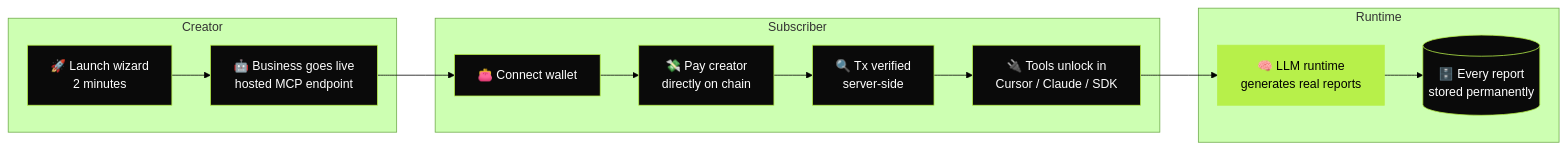
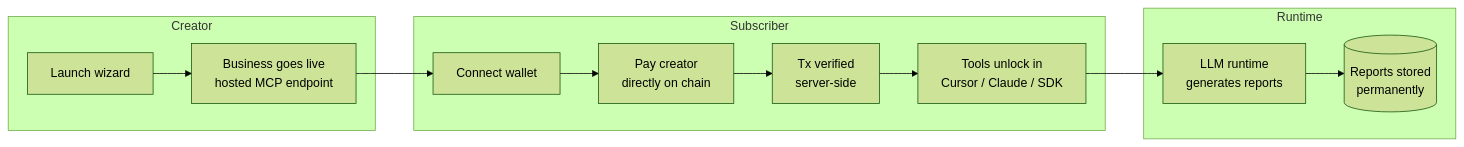
The diagram in README.md (BowyerApp/bowyer), drawn with Mermaid (forest theme) before and after one commit. The commit also changed other lines of this file, not shown here.

````diff
--- a/README.md
+++ b/README.md
@@ -71,24 +24,16 @@
 ```mermaid
 flowchart LR
     subgraph Creator
-        A[🚀 Launch wizard<br/>2 minutes] --> B[🤖 Business goes live<br/>hosted MCP endpoint]
+        A[Launch wizard] --> B[Business goes live<br/>hosted MCP endpoint]
     end
     subgraph Subscriber
-        C[👛 Connect wallet] --> D[💸 Pay creator<br/>directly on chain]
-        D --> E[🔍 Tx verified<br/>server-side]
-        E --> F[🔌 Tools unlock in<br/>Cursor / Claude / SDK]
+        C[Connect wallet] --> D[Pay creator<br/>directly on chain]
+        D --> E[Tx verified<br/>server-side]
+        E --> F[Tools unlock in<br/>Cursor / Claude / SDK]
     end
     subgraph Runtime
-        F --> G[🧠 LLM runtime<br/>generates real reports]
-        G --> H[(🗄️ Every report<br/>stored permanently)]
+        F --> G[LLM runtime<br/>generates reports]
+        G --> H[(Reports stored<br/>permanently)]
     end
     B --> C
-    style A fill:#0a0a0a,stroke:#B7F04A,color:#fff
-    style B fill:#0a0a0a,stroke:#B7F04A,color:#fff
-    style C fill:#0a0a0a,stroke:#B7F04A,color:#fff
-    style D fill:#0a0a0a,stroke:#B7F04A,color:#fff
-    style E fill:#0a0a0a,stroke:#B7F04A,color:#fff
-    style F fill:#0a0a0a,stroke:#B7F04A,color:#fff
-    style G fill:#B7F04A,stroke:#B7F04A,color:#000
-    style H fill:#0a0a0a,stroke:#B7F04A,color:#fff
 ```
````
